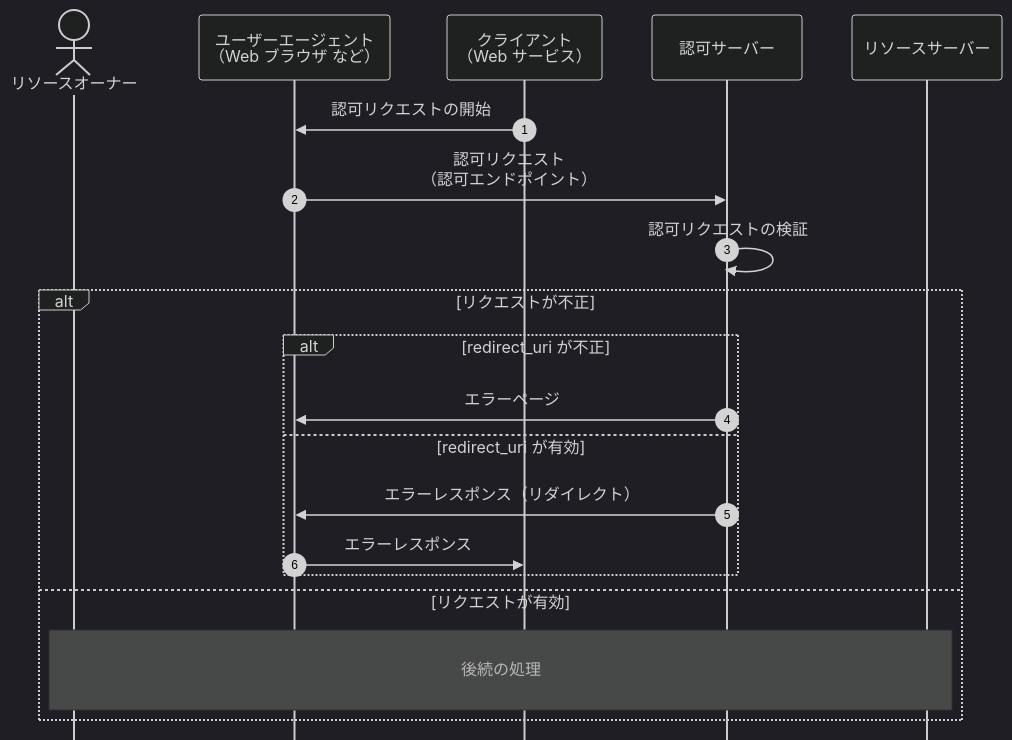
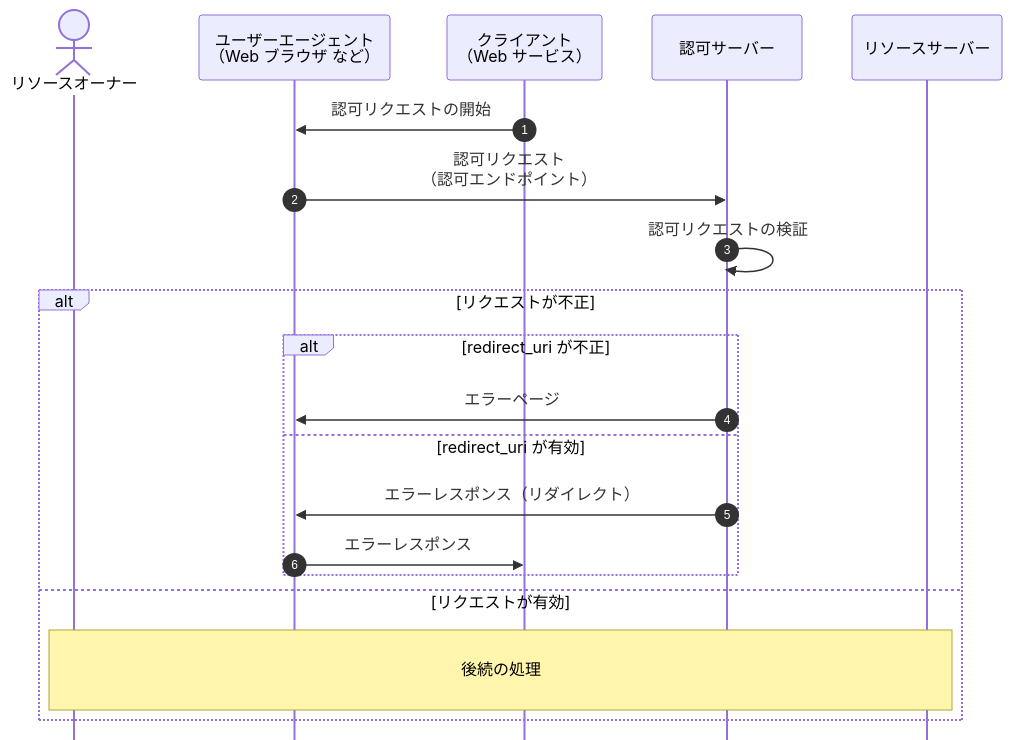
One commit to ssaito-git/sample-oauth2-az changed the first of 2 diagrams in docs/1_認可エンドポイント.md. Above: the diagram before and after it, drawn with Mermaid. The commit also changed other lines of this file, not shown here.

````diff
--- a/docs/1_認可エンドポイント.md
+++ b/docs/1_認可エンドポイント.md
@@ -11,26 +13,26 @@
 ```mermaid
-%%{init{"theme":"dark","sequence":{"mirrorActors":false}}}%%
+%%{init{"sequence":{"mirrorActors":false}}}%%
 sequenceDiagram
     autonumber
 
     actor ro as リソースオーナー
     participant ua as ユーザーエージェント<br>（Web ブラウザ など）
     participant cl as クライアント<br>（Web サービス）
     participant az as 認可サーバー
     participant rs as リソースサーバー
 
     cl ->> ua : 認可リクエストの開始
     ua ->> az : 認可リクエスト<br>（認可エンドポイント）
     az ->> az : 認可リクエストの検証
 
     alt リクエストが不正
         alt redirect_uri が不正
             az ->> ua : エラーページ
         else redirect_uri が有効
             az ->> ua : エラーレスポンス（リダイレクト）
             ua ->> cl : エラーレスポンス
         end
     else リクエストが有効
         note over ro, rs: <br>後続の処理<br>
     end
 ```
````
